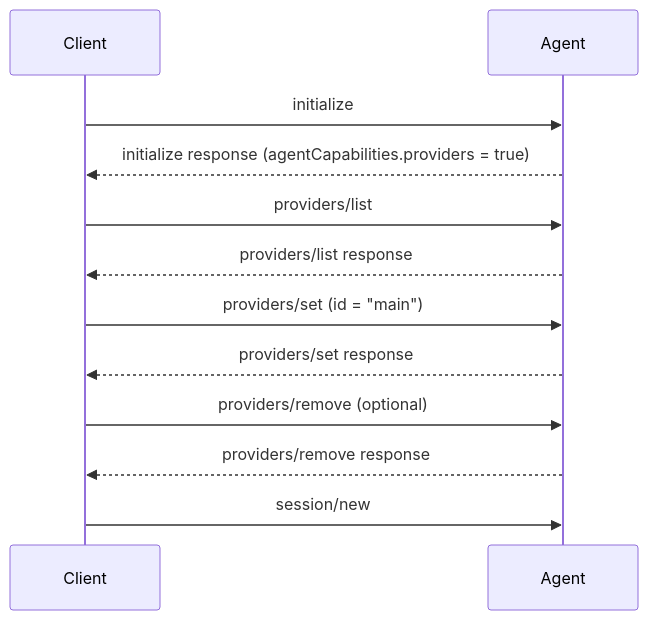
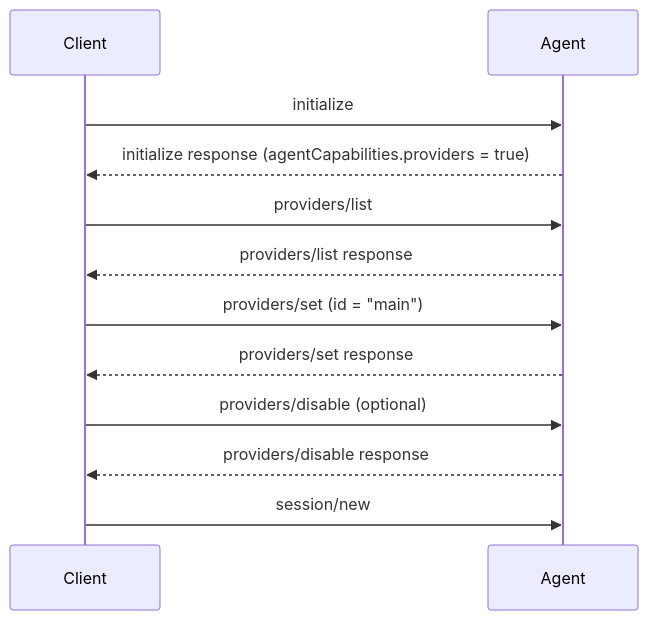
One commit to agentclientprotocol/agent-client-protocol changed the diagram in docs/rfds/custom-llm-endpoint.mdx. Above: the diagram before and after it, drawn with Mermaid. The commit also changed other lines of this file, not shown here.

Commit message:
docs(rfd): finalized provider disable semantics

````diff
--- a/docs/rfds/custom-llm-endpoint.mdx
+++ b/docs/rfds/custom-llm-endpoint.mdx
@@ -58,19 +58,19 @@
 ```mermaid
 sequenceDiagram
     participant Client
     participant Agent
 
     Client->>Agent: initialize
     Agent-->>Client: initialize response (agentCapabilities.providers = true)
 
     Client->>Agent: providers/list
     Agent-->>Client: providers/list response
 
     Client->>Agent: providers/set (id = "main")
     Agent-->>Client: providers/set response
 
-    Client->>Agent: providers/remove (optional)
-    Agent-->>Client: providers/remove response
+    Client->>Agent: providers/disable (optional)
+    Agent-->>Client: providers/disable response
 
     Client->>Agent: session/new
 ```
````
